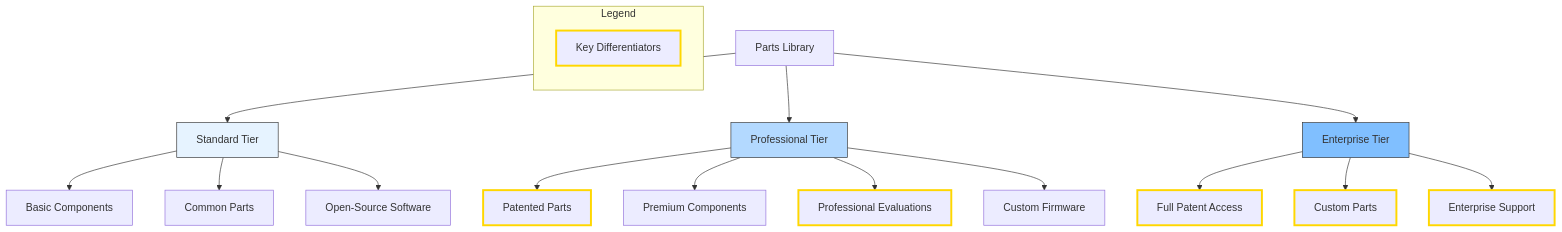
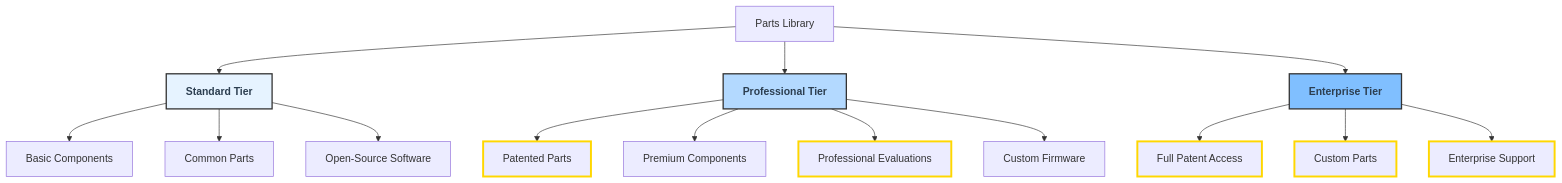
One commit to CatsMeow492/Sepulki changed the third of 6 diagrams in Pitch/presentation.md. Above: the diagram before and after it, drawn with Mermaid.

````diff
--- a/Pitch/presentation.md
+++ b/Pitch/presentation.md
@@ -120,33 +120,26 @@
 ```mermaid
 graph TB
     A[Parts Library] --> B[Standard Tier]
     A --> C[Professional Tier]
     A --> D[Enterprise Tier]
     B --> E[Basic Components]
     B --> F[Common Parts]
     B --> G[Open-Source Software]
     C --> H[Patented Parts]
     C --> I[Premium Components]
     C --> J[Professional Evaluations]
     C --> K[Custom Firmware]
     D --> L[Full Patent Access]
     D --> M[Custom Parts]
     D --> N[Enterprise Support]
     
-    style B fill:#e6f3ff,stroke:#333
-    style C fill:#b3d9ff,stroke:#333
-    style D fill:#80bfff,stroke:#333
-    style H stroke:#ffd700,stroke-width:3px
-    style J stroke:#ffd700,stroke-width:3px
-    style L stroke:#ffd700,stroke-width:3px
-    style M stroke:#ffd700,stroke-width:3px
-    style N stroke:#ffd700,stroke-width:3px
+    classDef tierHeader fill:#f0f8ff,stroke:#1e90ff,stroke-width:2px,color:#2c3e50,font-weight:bold
+    classDef goldBorder stroke:#ffd700,stroke-width:3px
     
-    classDef goldBorder stroke:#ffd700,stroke-width:3px;
-    class H,J,L,M,N goldBorder;
+    style B fill:#e6f3ff,stroke:#333,color:#2c3e50,font-weight:bold
+    style C fill:#b3d9ff,stroke:#333,color:#2c3e50,font-weight:bold
+    style D fill:#80bfff,stroke:#333,color:#2c3e50,font-weight:bold
     
-    subgraph Legend
-        direction TB
-        leg1[Key Differentiators]:::goldBorder
-    end
+    class B,C,D tierHeader
+    class H,J,L,M,N goldBorder
 ```
````
